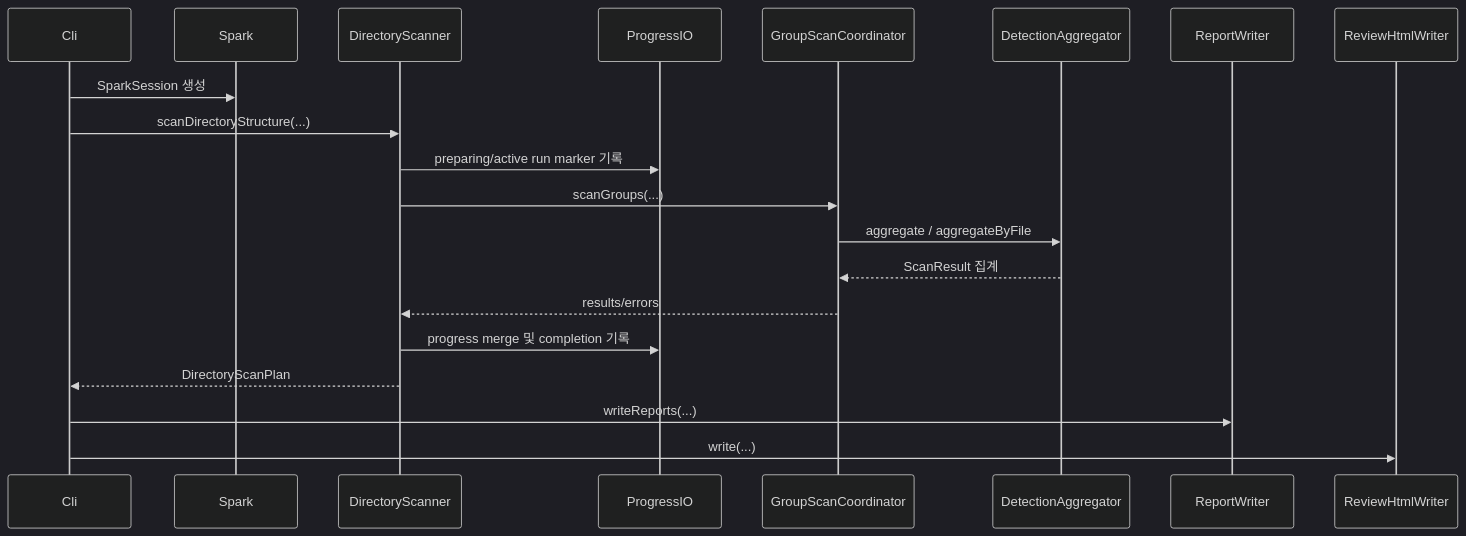
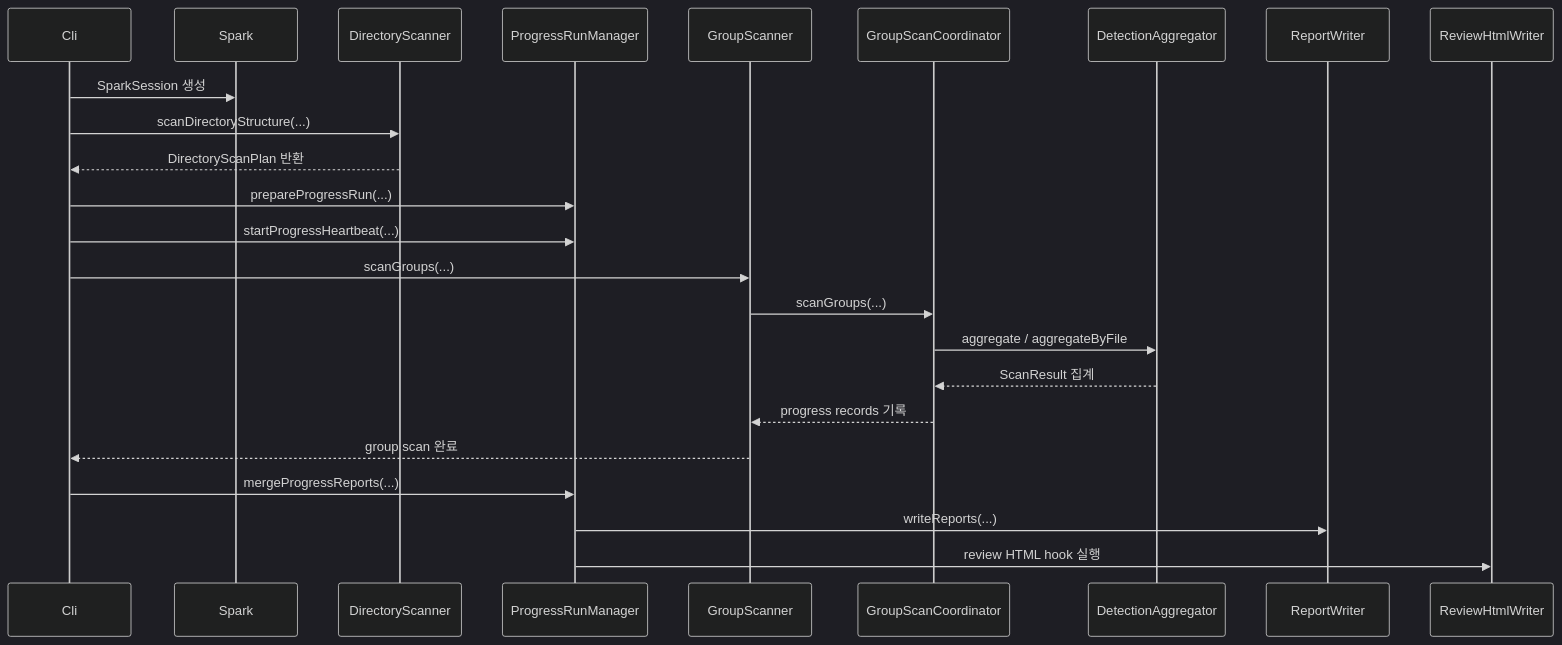
The second of 2 diagrams in docs/ko/architecture/overview.md (jonggeun2001/PrivySpark), drawn with Mermaid (dark theme) before and after one commit. The commit also changed 1 other file, not shown here.

Commit message:
docs: correct scan orchestration trace

````diff
--- a/docs/ko/architecture/overview.md
+++ b/docs/ko/architecture/overview.md
@@ -95,23 +95,27 @@
 ```mermaid
 sequenceDiagram
   participant Cli
   participant Spark
   participant DirectoryScanner
-  participant ProgressIO
+  participant ProgressRunManager
+  participant GroupScanner
   participant GroupScanCoordinator
   participant DetectionAggregator
   participant ReportWriter
   participant ReviewHtmlWriter
 
   Cli->>Spark: SparkSession 생성
   Cli->>DirectoryScanner: scanDirectoryStructure(...)
-  DirectoryScanner->>ProgressIO: preparing/active run marker 기록
-  DirectoryScanner->>GroupScanCoordinator: scanGroups(...)
+  DirectoryScanner-->>Cli: DirectoryScanPlan 반환
+  Cli->>ProgressRunManager: prepareProgressRun(...)
+  Cli->>ProgressRunManager: startProgressHeartbeat(...)
+  Cli->>GroupScanner: scanGroups(...)
+  GroupScanner->>GroupScanCoordinator: scanGroups(...)
   GroupScanCoordinator->>DetectionAggregator: aggregate / aggregateByFile
   DetectionAggregator-->>GroupScanCoordinator: ScanResult 집계
-  GroupScanCoordinator-->>DirectoryScanner: results/errors
-  DirectoryScanner->>ProgressIO: progress merge 및 completion 기록
-  DirectoryScanner-->>Cli: DirectoryScanPlan
-  Cli->>ReportWriter: writeReports(...)
-  Cli->>ReviewHtmlWriter: write(...)
+  GroupScanCoordinator-->>GroupScanner: progress records 기록
+  GroupScanner-->>Cli: group scan 완료
+  Cli->>ProgressRunManager: mergeProgressReports(...)
+  ProgressRunManager->>ReportWriter: writeReports(...)
+  ProgressRunManager->>ReviewHtmlWriter: review HTML hook 실행
 ```
````
